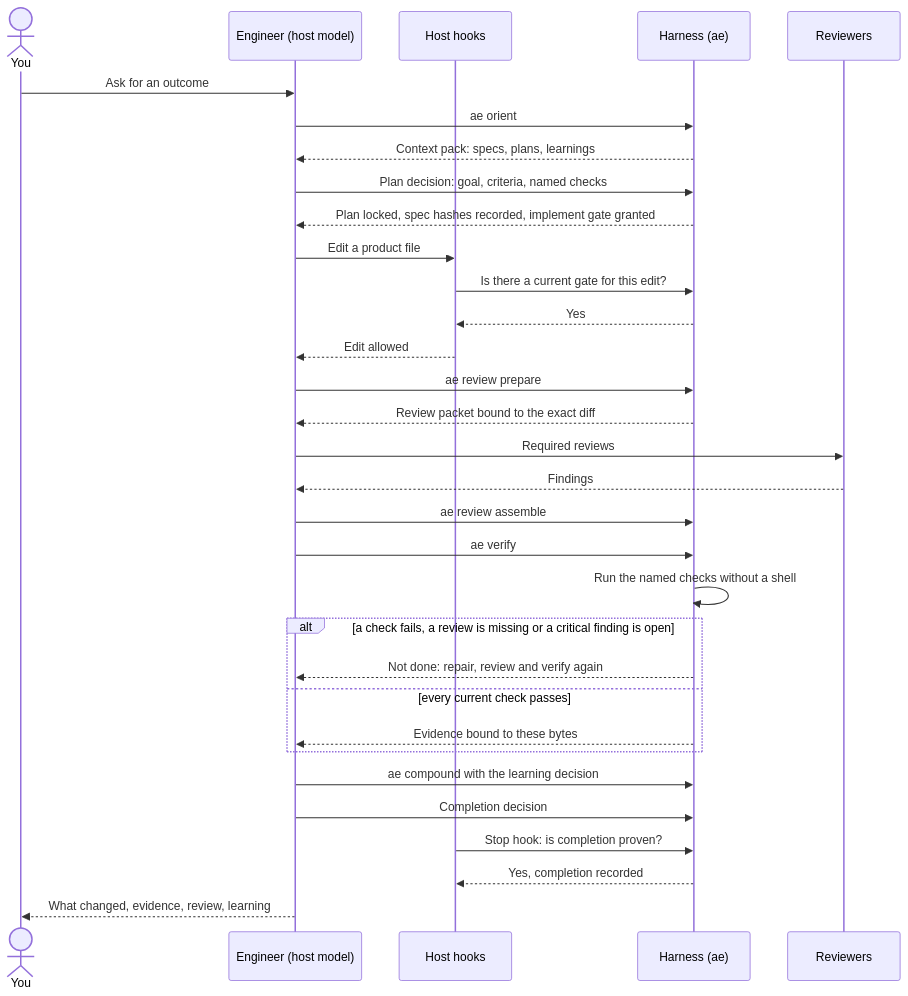
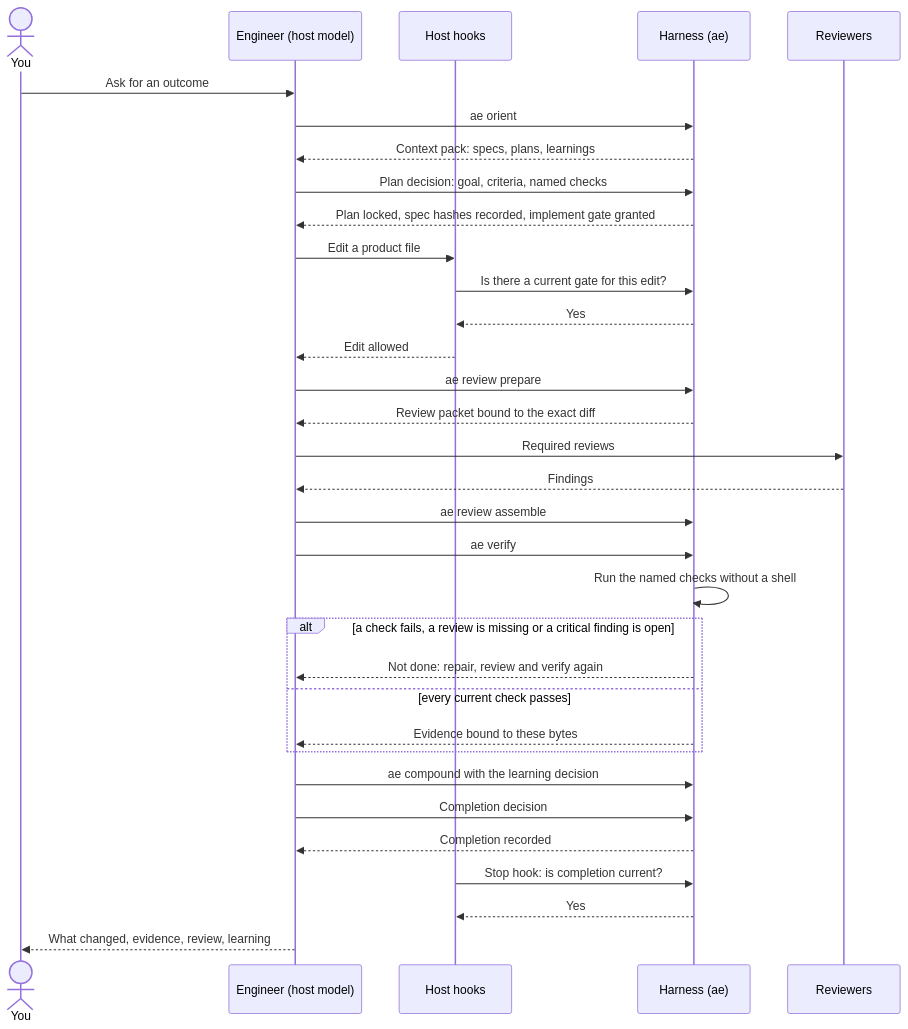
One commit to noodlemind/adaptive-engineering changed the second of 4 diagrams in docs/adaptive-engineering.md. Above: the diagram before and after it, drawn with Mermaid. The commit also changed other lines of this file and 7 other files, not shown here.

````diff
--- a/docs/adaptive-engineering.md
+++ b/docs/adaptive-engineering.md
@@ -73,34 +73,35 @@
 ```mermaid
 sequenceDiagram
   actor You
   participant E as Engineer (host model)
   participant K as Host hooks
   participant H as Harness (ae)
   participant R as Reviewers
   You->>E: Ask for an outcome
   E->>H: ae orient
   H-->>E: Context pack: specs, plans, learnings
   E->>H: Plan decision: goal, criteria, named checks
   H-->>E: Plan locked, spec hashes recorded, implement gate granted
   E->>K: Edit a product file
   K->>H: Is there a current gate for this edit?
   H-->>K: Yes
   K-->>E: Edit allowed
   E->>H: ae review prepare
   H-->>E: Review packet bound to the exact diff
   E->>R: Required reviews
   R-->>E: Findings
   E->>H: ae review assemble
   E->>H: ae verify
   H->>H: Run the named checks without a shell
   alt a check fails, a review is missing or a critical finding is open
     H-->>E: Not done: repair, review and verify again
   else every current check passes
     H-->>E: Evidence bound to these bytes
   end
   E->>H: ae compound with the learning decision
   E->>H: Completion decision
-  K->>H: Stop hook: is completion proven?
-  H-->>K: Yes, completion recorded
+  H-->>E: Completion recorded
+  K->>H: Stop hook: is completion current?
+  H-->>K: Yes
   E-->>You: What changed, evidence, review, learning
 ```
````
